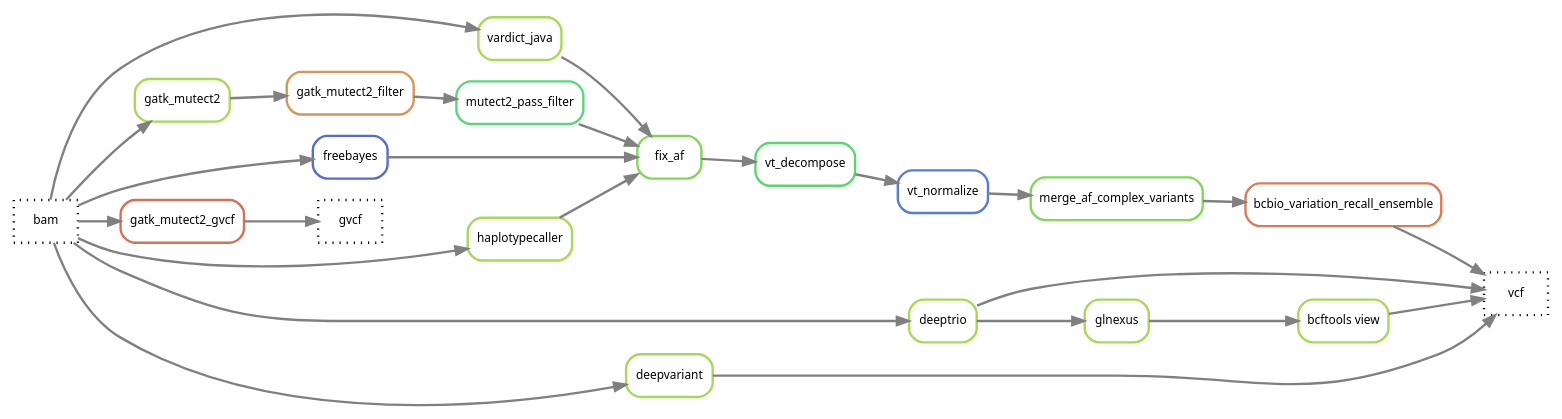
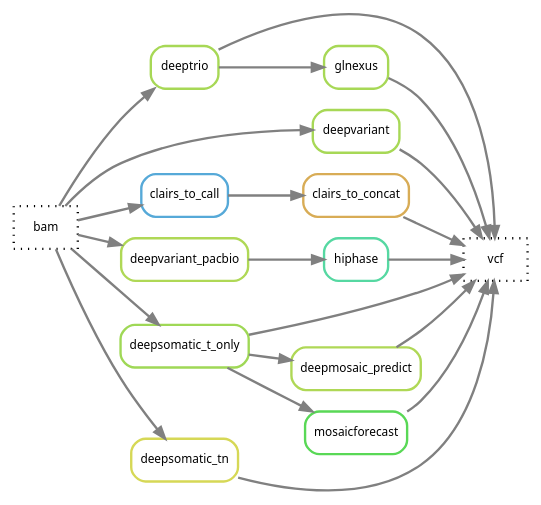
One commit to hydra-genetics/snv_indels changed the diagram in docs/images/snv_indels_LR.dot. Above: the diagram before and after it, drawn with Graphviz. The commit also changed 11 other files, not shown here.

```diff
--- a/docs/images/snv_indels_LR.dot
+++ b/docs/images/snv_indels_LR.dot
@@ -1,51 +1,50 @@
 digraph snakemake_dag {
 	rankdir="LR"
     graph[bgcolor=white, margin=0];
     node[shape=box, style=rounded, fontname="sans",                 fontsize=10, penwidth=2];
     edge[penwidth=2, color=grey];
 	0[label = "vcf", color = "0.0 0.0 0.0", style="dotted"];
-	1[label = "bcbio_variation_recall_ensemble", color = "0.05 0.6 0.85", style="rounded"];
-	2[label = "merge_af_complex_variants", color = "0.28 0.6 0.85", style="rounded"];
-	3[label = "vt_normalize", color = "0.62 0.6 0.85", style="rounded"];
-	4[label = "vt_decompose", color = "0.36 0.6 0.85", style="rounded"];
-	6[label = "fix_af", color = "0.28 0.6 0.85", style="rounded"];
-	8[label = "vardict_java", color = "0.23 0.6 0.85", style="rounded"];
-	11[label = "mutect2_pass_filter", color = "0.38 0.6 0.85", style="rounded"];
-	12[label = "gatk_mutect2_filter", color = "0.08 0.6 0.85", style="rounded"];
-	13[label = "gatk_mutect2", color = "0.23 0.6 0.85", style="rounded"];
-	15[label = "freebayes", color = "0.64 0.6 0.85", style="rounded"];
-	16[label = "gatk_mutect2_gvcf", color = "0.03 0.6 0.85", style="rounded"];
-	17[label = "haplotypecaller", color = "0.23 0.6 0.85", style="rounded"];
+
 	18[label = "deeptrio", color = "0.23 0.6 0.85", style="rounded"];
 	19[label = "deepvariant", color = "0.23 0.6 0.85", style="rounded"];
 	21[label = "glnexus", color = "0.23 0.6 0.85", style="rounded"];
-	24[label= "bcftools view", color = "0.23 0.6 0.85", style="rounded"];
 	20[label = "bam", color = "0.0 0.0 0.0", style="dotted"];
-	23[label="gvcf", color = "0.0 0.0 0.0", style="dotted"];
-	20 -> 8
-	20 -> 13
-	20 -> 15
-	20 -> 16
-	20 -> 17
-	20 -> 18
-	20 -> 19
-	1 -> 0
-	2 -> 1
-	4 -> 3
-	3 -> 2
-	11 -> 6
-	12 -> 11
-	13 -> 12
-	6 -> 4
+
+	35[label = "clairs_to_concat", color = "0.11 0.6 0.85", style="rounded"];
+	36[label = "clairs_to_call", color = "0.56 0.6 0.85", style="rounded"];
+
+	43[label = "deepvariant_pacbio", color = "0.22 0.6 0.85", style="rounded"];
+	45[label = "hiphase", color = "0.43 0.6 0.85", style="rounded"];
+
+	51[label = "deepsomatic_t_only", color = "0.24 0.6 0.85", style="rounded"];
+	52[label = "deepsomatic_tn", color = "0.17 0.6 0.85", style="rounded"];
+
+	61[label = "deepmosaic_predict", color = "0.22 0.6 0.85", style="rounded"];
+	65[label = "mosaicforecast", color = "0.33 0.6 0.85", style="rounded"];
+
+
 	18 -> 0
 	19 -> 0
-	21 -> 24
-	24 -> 0
-	8 -> 6
-	15 -> 6
-	17 -> 6
-	16 -> 23
+	21 -> 0
 	18 -> 21
+	20 -> 19
+	20 -> 18
 
+	35 -> 0
+	36 -> 35
+	20 -> 36
 
-}            
+	45 -> 0
+	43 -> 45
+	20 -> 43
+
+	52 -> 0
+	51 -> 0
+	20 -> 52
+
+	61 -> 0
+	65 -> 0
+	20 -> 51
+	51 -> 61
+	51 -> 65
+}
```
